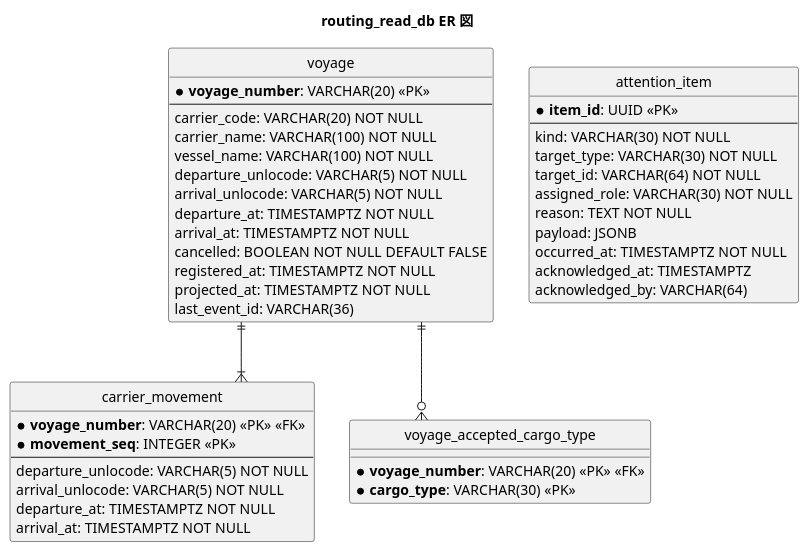
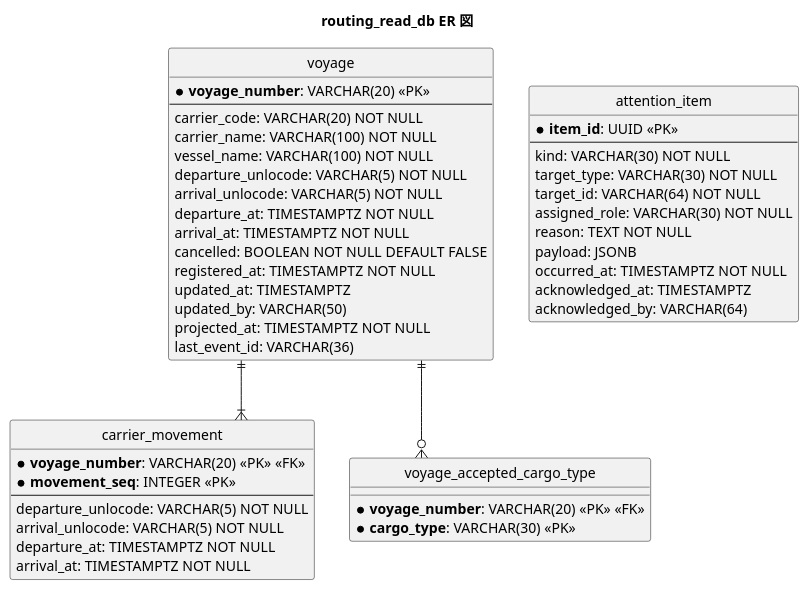
One commit to k2works/case-study-cargo-tracker changed the fifth of 10 diagrams in docs/design/cargo-tracker/data-model.md. Above: the diagram before and after it, drawn with PlantUML. The commit also changed other lines of this file and 9 other files, not shown here.

````diff
--- a/docs/design/cargo-tracker/data-model.md
+++ b/docs/design/cargo-tracker/data-model.md
@@ -388,57 +390,59 @@
 ```plantuml
 @startuml
 title routing_read_db ER 図
 
 hide circle
 skinparam linetype ortho
 
 entity "voyage" as v {
   * **voyage_number**: VARCHAR(20) <<PK>>
   --
   carrier_code: VARCHAR(20) NOT NULL
   carrier_name: VARCHAR(100) NOT NULL
   vessel_name: VARCHAR(100) NOT NULL
   departure_unlocode: VARCHAR(5) NOT NULL
   arrival_unlocode: VARCHAR(5) NOT NULL
   departure_at: TIMESTAMPTZ NOT NULL
   arrival_at: TIMESTAMPTZ NOT NULL
   cancelled: BOOLEAN NOT NULL DEFAULT FALSE
   registered_at: TIMESTAMPTZ NOT NULL
+  updated_at: TIMESTAMPTZ
+  updated_by: VARCHAR(50)
   projected_at: TIMESTAMPTZ NOT NULL
   last_event_id: VARCHAR(36)
 }
 
 entity "carrier_movement" as cm {
   * **voyage_number**: VARCHAR(20) <<PK>> <<FK>>
   * **movement_seq**: INTEGER <<PK>>
   --
   departure_unlocode: VARCHAR(5) NOT NULL
   arrival_unlocode: VARCHAR(5) NOT NULL
   departure_at: TIMESTAMPTZ NOT NULL
   arrival_at: TIMESTAMPTZ NOT NULL
 }
 
 entity "voyage_accepted_cargo_type" as act {
   * **voyage_number**: VARCHAR(20) <<PK>> <<FK>>
   * **cargo_type**: VARCHAR(30) <<PK>>
 }
 
 ' 追記専用の受け皿。投影ではないので voyage とは関連を張らない
 entity "attention_item" as ai {
   * **item_id**: UUID <<PK>>
   --
   kind: VARCHAR(30) NOT NULL
   target_type: VARCHAR(30) NOT NULL
   target_id: VARCHAR(64) NOT NULL
   assigned_role: VARCHAR(30) NOT NULL
   reason: TEXT NOT NULL
   payload: JSONB
   occurred_at: TIMESTAMPTZ NOT NULL
   acknowledged_at: TIMESTAMPTZ
   acknowledged_by: VARCHAR(64)
 }
 
 v ||--|{ cm
 v ||--o{ act
 @enduml
 ```
````
